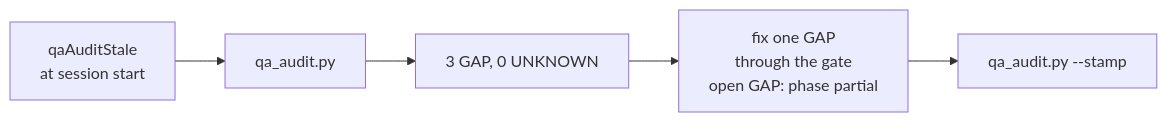
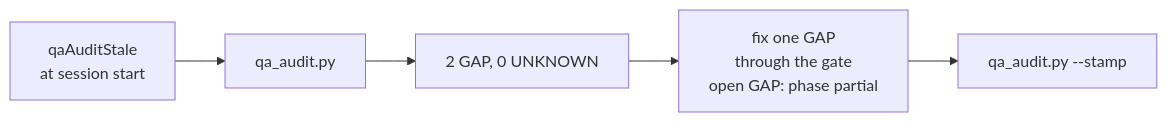
One commit to mbadali25/useful-claude-add-ons changed the second of 3 diagrams in docs/qa/README.md. Above: the diagram before and after it, drawn with Mermaid. The commit also changed other lines of this file and 23 other files, not shown here.

First line of the commit message:
T-0041: refresh code maps, diagrams, QA page and rules

````diff
--- a/docs/qa/README.md
+++ b/docs/qa/README.md
@@ -35,7 +35,7 @@
 ```mermaid
 flowchart LR
   trig["qaAuditStale<br/>at session start"] --> run["qa_audit.py"]
-  run --> result["3 GAP, 0 UNKNOWN"]
+  run --> result["2 GAP, 0 UNKNOWN"]
   result --> act["fix one GAP<br/>through the gate<br/>open GAP: phase partial"]
   act --> stamp["qa_audit.py --stamp"]
 ```
````
